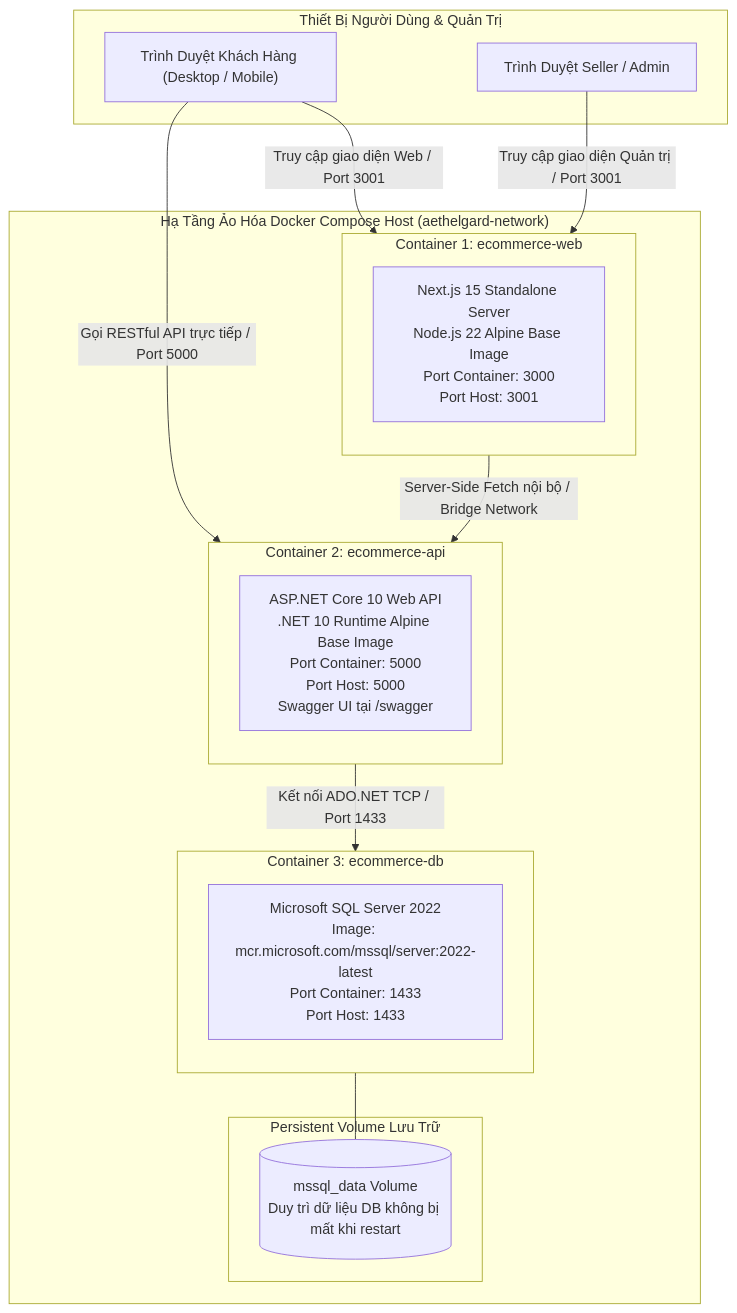
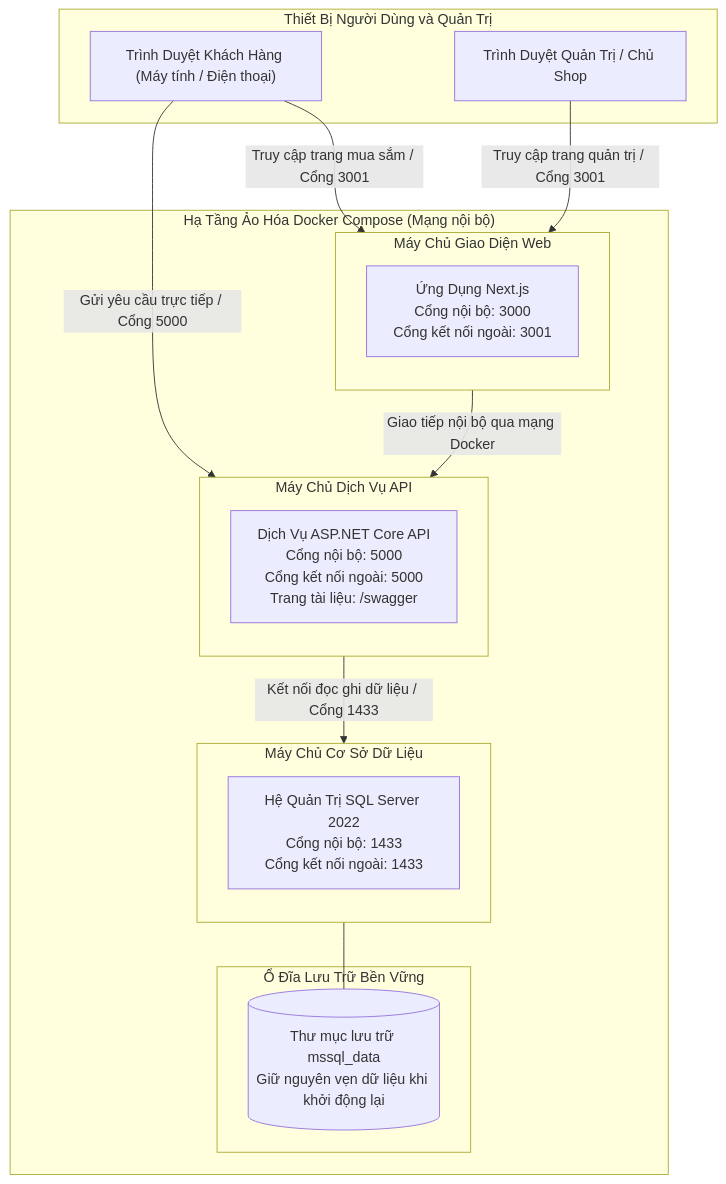
Diagram 15 of 16 in BAO_CAO_THIET_KE_HE_THONG.md (longthan12334/He-thong-thuong-mai-ien-tu-tich-hop-AI), drawn with Mermaid before and after one commit. The commit also changed other lines of this file and 24 other files, not shown here.

````diff
--- a/BAO_CAO_THIET_KE_HE_THONG.md
+++ b/BAO_CAO_THIET_KE_HE_THONG.md
@@ -673,35 +653,35 @@
 ```mermaid
 flowchart TD
-    subgraph ClientHost ["Thiết Bị Người Dùng & Quản Trị"]
-        UserBrowser["Trình Duyệt Khách Hàng (Desktop / Mobile)"]
-        AdminBrowser["Trình Duyệt Seller / Admin"]
+    subgraph ClientHost ["Thiết Bị Người Dùng và Quản Trị"]
+        UserBrowser["Trình Duyệt Khách Hàng (Máy tính / Điện thoại)"]
+        AdminBrowser["Trình Duyệt Quản Trị / Chủ Shop"]
     end
 
-    subgraph DockerHost ["Hạ Tầng Ảo Hóa Docker Compose Host (aethelgard-network)"]
-        subgraph WebContainer ["Container 1: ecommerce-web"]
+    subgraph DockerHost ["Hạ Tầng Ảo Hóa Docker Compose (Mạng nội bộ)"]
+        subgraph WebContainer ["Máy Chủ Giao Diện Web"]
             direction TB
-            NextEngine["Next.js 15 Standalone Server<br/>Node.js 22 Alpine Base Image<br/>Port Container: 3000<br/>Port Host: 3001"]
+            NextEngine["Ứng Dụng Next.js<br/>Cổng nội bộ: 3000<br/>Cổng kết nối ngoài: 3001"]
         end
 
-        subgraph ApiContainer ["Container 2: ecommerce-api"]
+        subgraph ApiContainer ["Máy Chủ Dịch Vụ API"]
             direction TB
-            DotNetEngine["ASP.NET Core 10 Web API<br/>.NET 10 Runtime Alpine Base Image<br/>Port Container: 5000<br/>Port Host: 5000<br/>Swagger UI tại /swagger"]
+            DotNetEngine["Dịch Vụ ASP.NET Core API<br/>Cổng nội bộ: 5000<br/>Cổng kết nối ngoài: 5000<br/>Trang tài liệu: /swagger"]
         end
 
-        subgraph DbContainer ["Container 3: ecommerce-db"]
+        subgraph DbContainer ["Máy Chủ Cơ Sở Dữ Liệu"]
             direction TB
-            MssqlEngine["Microsoft SQL Server 2022<br/>Image: mcr.microsoft.com/mssql/server:2022-latest<br/>Port Container: 1433<br/>Port Host: 1433"]
+            MssqlEngine["Hệ Quản Trị SQL Server 2022<br/>Cổng nội bộ: 1433<br/>Cổng kết nối ngoài: 1433"]
         end
 
-        subgraph StorageVolume ["Persistent Volume Lưu Trữ"]
-            VolData[("mssql_data Volume<br/>Duy trì dữ liệu DB không bị mất khi restart")]
+        subgraph StorageVolume ["Ổ Đĩa Lưu Trữ Bền Vững"]
+            VolData[("Thư mục lưu trữ mssql_data<br/>Giữ nguyên vẹn dữ liệu khi khởi động lại")]
         end
     end
 
-    UserBrowser -->|Truy cập giao diện Web / Port 3001| NextEngine
-    AdminBrowser -->|Truy cập giao diện Quản trị / Port 3001| NextEngine
-    UserBrowser -->|Gọi RESTful API trực tiếp / Port 5000| DotNetEngine
-    NextEngine -->|Server-Side Fetch nội bộ / Bridge Network| DotNetEngine
-    DotNetEngine -->|Kết nối ADO.NET TCP / Port 1433| MssqlEngine
+    UserBrowser -->|Truy cập trang mua sắm / Cổng 3001| NextEngine
+    AdminBrowser -->|Truy cập trang quản trị / Cổng 3001| NextEngine
+    UserBrowser -->|Gửi yêu cầu trực tiếp / Cổng 5000| DotNetEngine
+    NextEngine -->|Giao tiếp nội bộ qua mạng Docker| DotNetEngine
+    DotNetEngine -->|Kết nối đọc ghi dữ liệu / Cổng 1433| MssqlEngine
     MssqlEngine --- VolData
 ```
````
